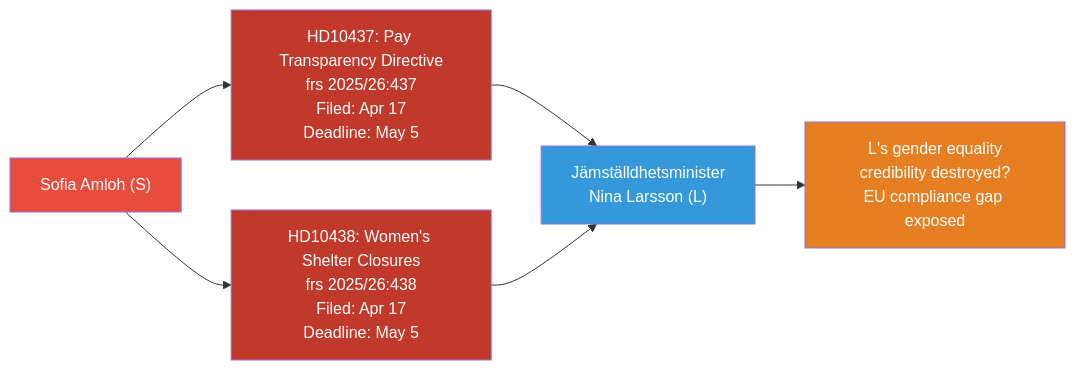
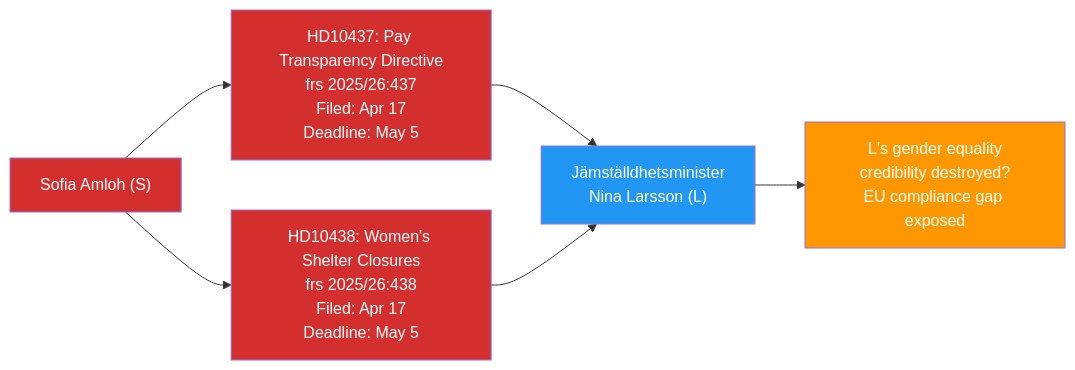
One commit to Hack23/riksdagsmonitor changed the first of 2 diagrams in analysis/daily/2026-04-17/interpellations/cross-reference-map.md. Above: the diagram before and after it, drawn with Mermaid. The commit also changed other lines of this file and 785 other files, not shown here.

First line of the commit message:
Normalize mermaid colors across 786 analysis artifacts to ISMS Style Guide palette

````diff
--- a/analysis/daily/2026-04-17/interpellations/cross-reference-map.md
+++ b/analysis/daily/2026-04-17/interpellations/cross-reference-map.md
@@ -7,14 +7,14 @@
 ```mermaid
 graph LR
     SA["Sofia Amloh (S)"] --> HD10437["HD10437: Pay Transparency Directive\nfrs 2025/26:437\nFiled: Apr 17\nDeadline: May 5"]
     SA --> HD10438["HD10438: Women's Shelter Closures\nfrs 2025/26:438\nFiled: Apr 17\nDeadline: May 5"]
     HD10437 --> NL["Jämställdhetsminister\nNina Larsson (L)"]
     HD10438 --> NL
     NL --> TRAP["L's gender equality\ncredibility destroyed?\nEU compliance gap exposed"]
     
-    style SA fill:#e74c3c,color:#fff
-    style NL fill:#3498db,color:#fff
-    style TRAP fill:#e67e22,color:#fff
-    style HD10437 fill:#c0392b,color:#fff
-    style HD10438 fill:#c0392b,color:#fff
+    style SA fill:#D32F2F,color:#FFFFFF
+    style NL fill:#2196F3,color:#FFFFFF
+    style TRAP fill:#FF9800,color:#FFFFFF
+    style HD10437 fill:#D32F2F,color:#FFFFFF
+    style HD10438 fill:#D32F2F,color:#FFFFFF
 ```
````
